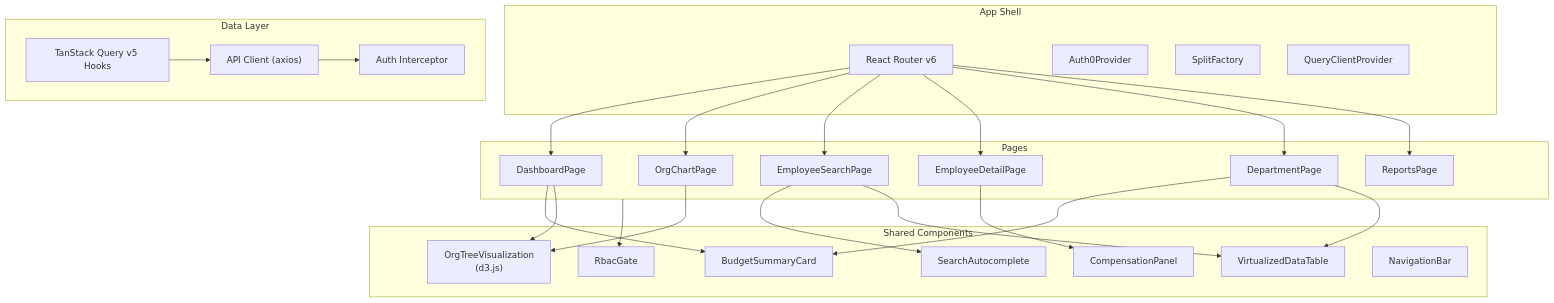
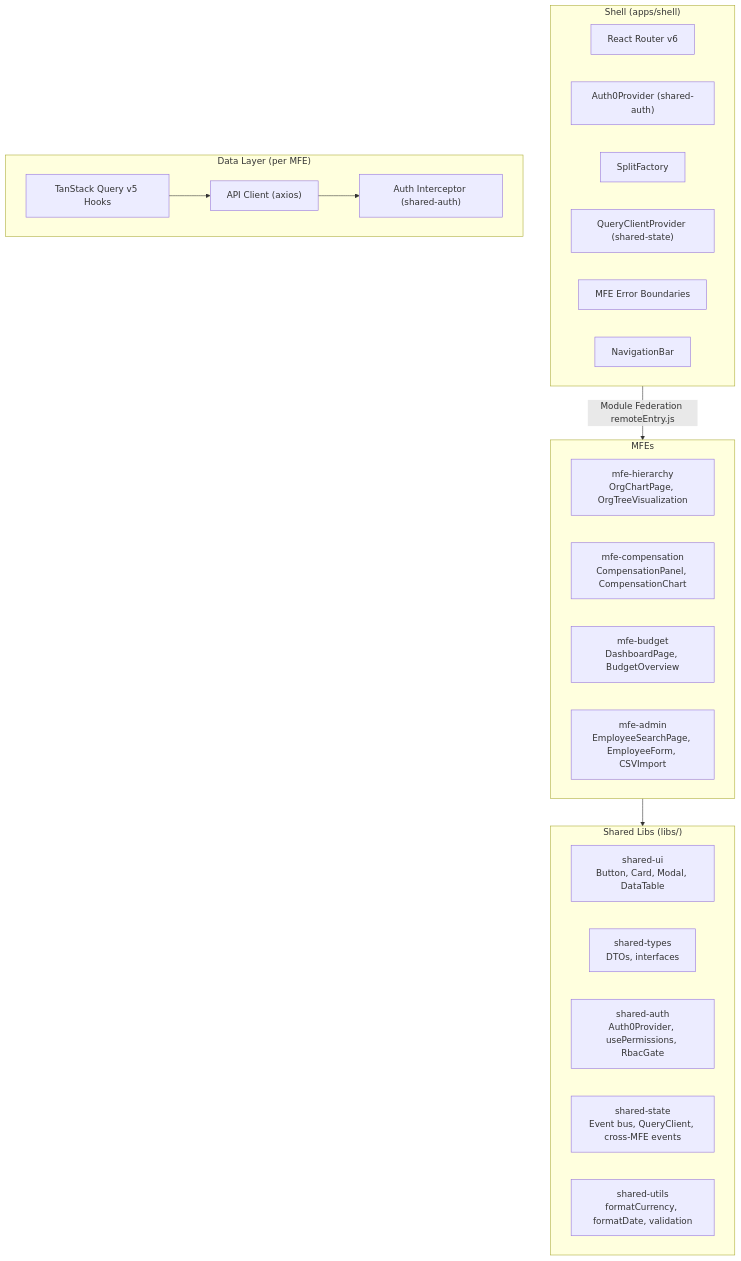
The diagram in docs/phases/PHASE-5-frontend.md (sukhesh035/employee_budget_allocation), drawn with Mermaid before and after one commit. The commit also changed other lines of this file and 7 other files, not shown here.

First line of the commit message:
Restructure to micro frontend architecture with Module Federation

````diff
--- a/docs/phases/PHASE-5-frontend.md
+++ b/docs/phases/PHASE-5-frontend.md
@@ -25,43 +31,36 @@
 ```mermaid
 graph TB
-    subgraph App Shell
+    subgraph Shell["Shell (apps/shell)"]
         Router["React Router v6"]
-        Auth["Auth0Provider"]
+        Auth["Auth0Provider (shared-auth)"]
         Split["SplitFactory"]
-        Query["QueryClientProvider"]
-    end
-
-    subgraph Pages
-        Dashboard["DashboardPage"]
-        OrgChart["OrgChartPage"]
-        EmpSearch["EmployeeSearchPage"]
-        EmpDetail["EmployeeDetailPage"]
-        DeptView["DepartmentPage"]
-        Reports["ReportsPage"]
-    end
-
-    subgraph Shared Components
-        TreeViz["OrgTreeVisualization<br/>(d3.js)"]
-        SearchBar["SearchAutocomplete"]
-        CompPanel["CompensationPanel"]
-        BudgetCard["BudgetSummaryCard"]
-        DataTable["VirtualizedDataTable"]
-        RbacGate["RbacGate"]
+        Query["QueryClientProvider (shared-state)"]
+        ErrorBoundaries["MFE Error Boundaries"]
         NavBar["NavigationBar"]
     end
 
-    subgraph Data Layer
+    subgraph MFEs
+        MFE_H["mfe-hierarchy<br/>OrgChartPage, OrgTreeVisualization"]
+        MFE_C["mfe-compensation<br/>CompensationPanel, CompensationChart"]
+        MFE_B["mfe-budget<br/>DashboardPage, BudgetOverview"]
+        MFE_A["mfe-admin<br/>EmployeeSearchPage, EmployeeForm, CSVImport"]
+    end
+
+    subgraph SharedLibs["Shared Libs (libs/)"]
+        SharedUI["shared-ui<br/>Button, Card, Modal, DataTable"]
+        SharedTypes["shared-types<br/>DTOs, interfaces"]
+        SharedAuth["shared-auth<br/>Auth0Provider, usePermissions, RbacGate"]
+        SharedState["shared-state<br/>Event bus, QueryClient, cross-MFE events"]
+        SharedUtils["shared-utils<br/>formatCurrency, formatDate, validation"]
+    end
+
+    subgraph DataLayer["Data Layer (per MFE)"]
         Hooks["TanStack Query v5 Hooks"]
         ApiClient["API Client (axios)"]
-        AuthInterceptor["Auth Interceptor"]
+        AuthInterceptor["Auth Interceptor (shared-auth)"]
     end
 
-    Router --> Dashboard & OrgChart & EmpSearch & EmpDetail & DeptView & Reports
-    Dashboard --> BudgetCard & TreeViz
-    OrgChart --> TreeViz
-    EmpSearch --> SearchBar & DataTable
-    EmpDetail --> CompPanel
-    DeptView --> BudgetCard & DataTable
-    Pages --> RbacGate
+    Shell -->|"Module Federation remoteEntry.js"| MFEs
+    MFEs --> SharedLibs
     Hooks --> ApiClient --> AuthInterceptor
 ```
````
